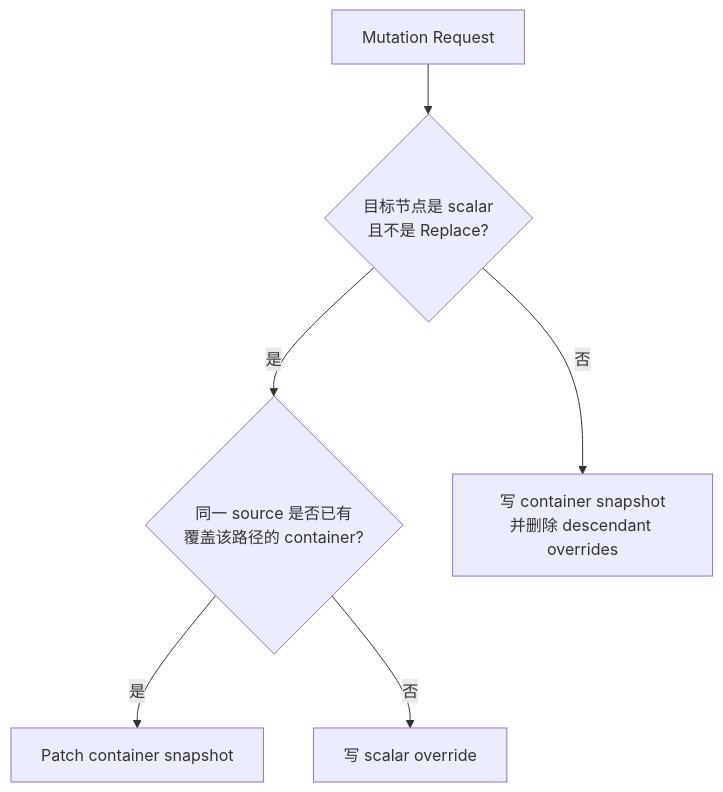
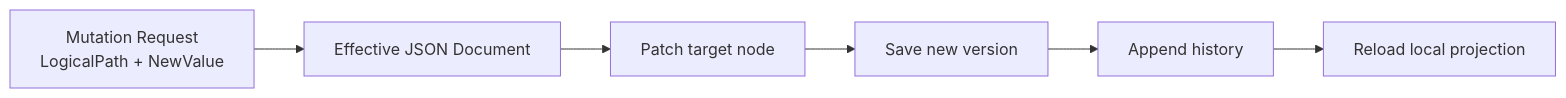
Before and after one commit to Tairitsua/Monica.Docs: the second of 2 diagrams in docs/zh-CN/modules/configuration/concepts.md, drawn with Mermaid. The commit also changed other lines of this file and 12 other files, not shown here.

First line of the commit message:
docs!: update configuration storage architecture

````diff
--- a/docs/zh-CN/modules/configuration/concepts.md
+++ b/docs/zh-CN/modules/configuration/concepts.md
@@ -129,15 +88,11 @@
 ```mermaid
-flowchart TD
-    request["Mutation Request"]
-    target{"目标节点是 scalar<br/>且不是 Replace?"}
-    covering{"同一 source 是否已有<br/>覆盖该路径的 container?"}
-    patch["Patch container snapshot"]
-    leaf["写 scalar override"]
-    replace["写 container snapshot<br/>并删除 descendant overrides"]
+flowchart LR
+    request["Mutation Request<br/>LogicalPath + NewValue"]
+    document["Effective JSON Document"]
+    patch["Patch target node"]
+    save["Save new version"]
+    history["Append history"]
+    reload["Reload local projection"]
 
-    request --> target
-    target -->|是| covering
-    covering -->|是| patch
-    covering -->|否| leaf
-    target -->|否| replace
+    request --> document --> patch --> save --> history --> reload
 ```
````
